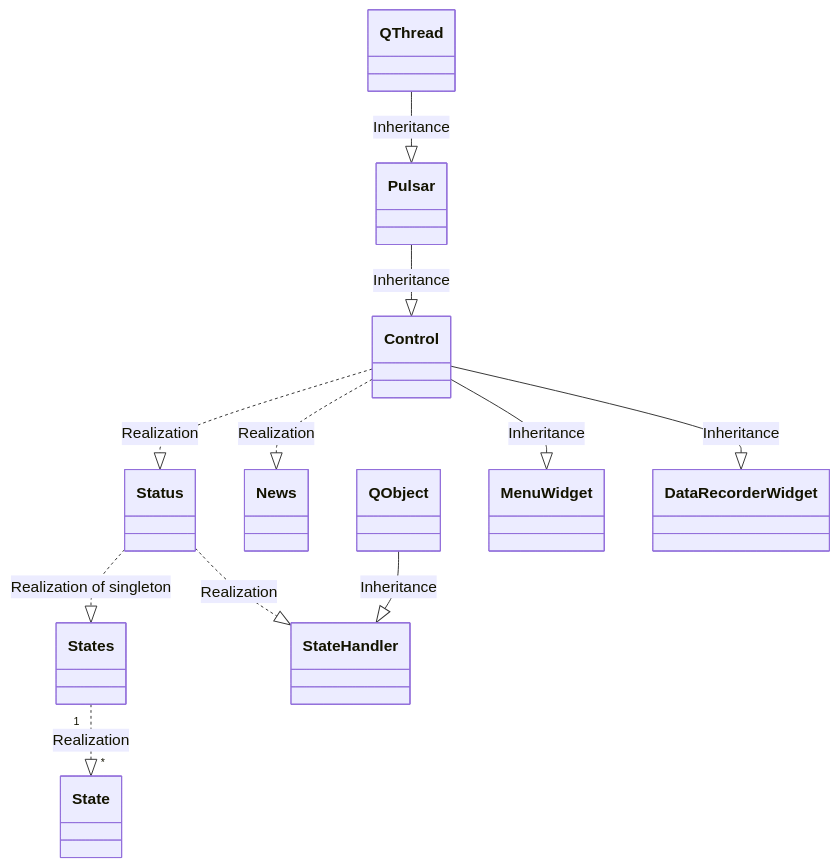
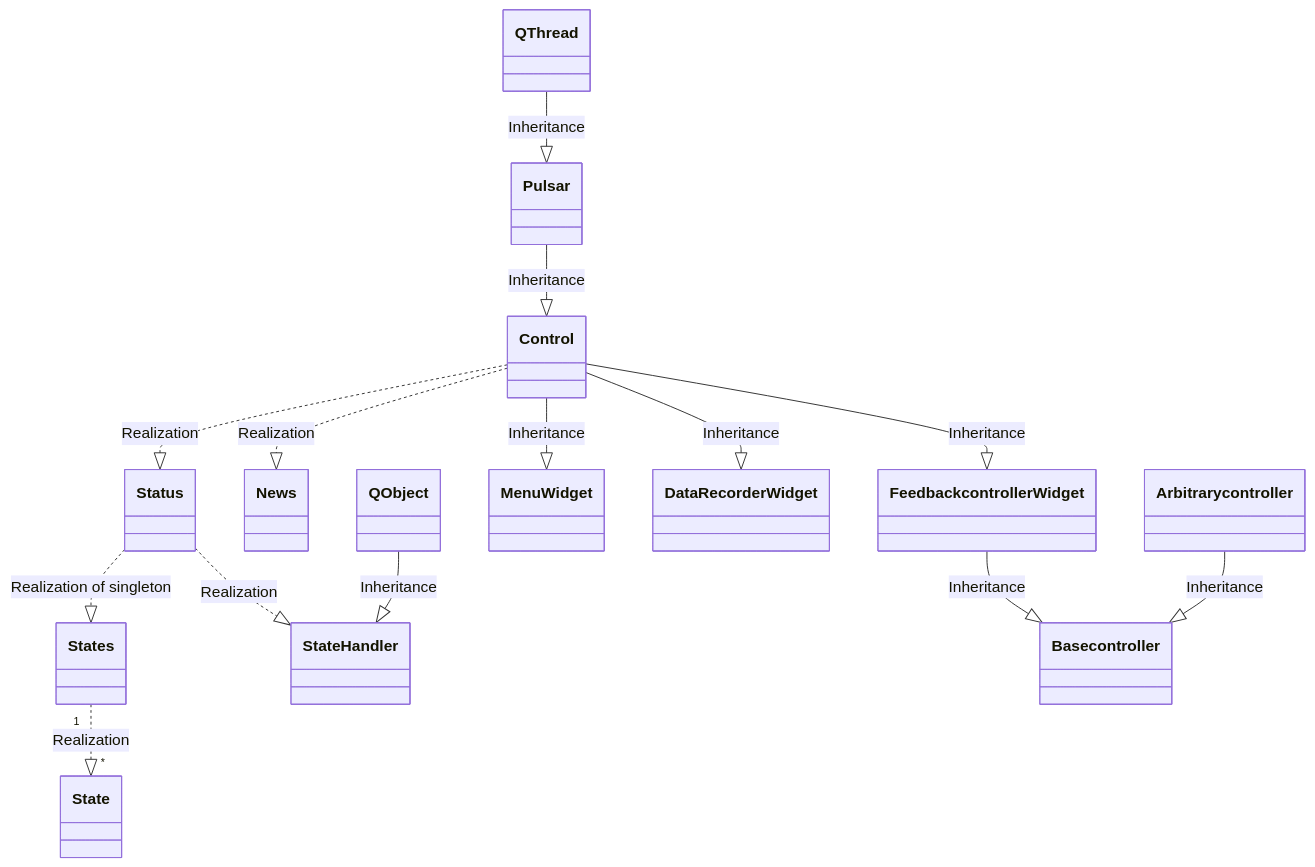
The diagram in README.md (tud-hri/joan), drawn with Mermaid before and after one commit.

Commit message:
Added feedbackcontroller in readme

````diff
--- a/README.md
+++ b/README.md
@@ -29,24 +29,32 @@
 ```mermaid
     classDiagram
         class Status
         class News
         class State
         class States
         class StateHandler
         class Pulsar
         class QObject
         class QThread
         class MenuWidget
         class DataRecorderWidget
+        class FeedbackcontrollerWidget
+        class Basecontroller
+        class Arbitrarycontroller
 
         States "1" ..|> "*" State : Realization
         Status ..|> States : Realization of singleton
         Status ..|> StateHandler : Realization
         QObject --|> StateHandler : Inheritance
         QThread --|> Pulsar : Inheritance
         Pulsar --|> Control : Inheritance
         Control ..|> Status : Realization
         Control ..|> News : Realization
         Control --|> MenuWidget : Inheritance
         Control  --|> DataRecorderWidget : Inheritance
+        Control --|> FeedbackcontrollerWidget: Inheritance
+
+        FeedbackcontrollerWidget --|> Basecontroller: Inheritance
+        Arbitrarycontroller --|> Basecontroller: Inheritance
+
 ```
````
